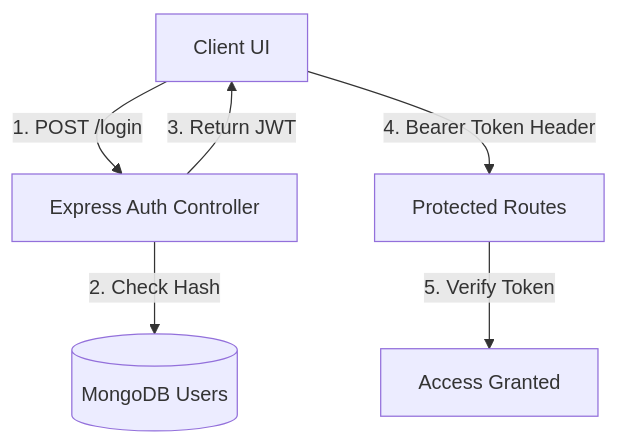
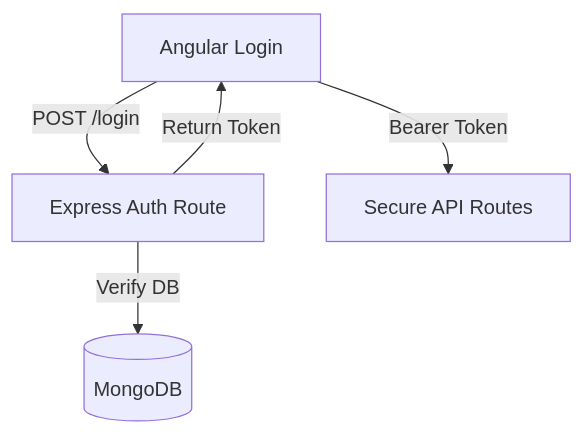
The diagram in 04-backend-data-auth.md (Nandhini303/tutorail_painter), drawn with Mermaid before and after one commit. The commit also changed other lines of this file and 7 other files, not shown here.

Commit message:
docs: Rewrite all tutorials in Tanglish, add AI-generated mascot and UI images, and step-by-step interactive flow

````diff
--- a/04-backend-data-auth.md
+++ b/04-backend-data-auth.md
@@ -44,8 +24,7 @@
 ```mermaid
 graph TD
-    A[Client UI] -->|1. POST /login| B[Express Auth Controller]
-    B -->|2. Check Hash| C[(MongoDB Users)]
-    B -->|3. Return JWT| A
-    A -->|4. Bearer Token Header| D[Protected Routes]
-    D -->|5. Verify Token| E[Access Granted]
+    A[Angular Login] -->|POST /login| B[Express Auth Route]
+    B -->|Verify DB| C[(MongoDB)]
+    B -->|Return Token| A
+    A -->|Bearer Token| D[Secure API Routes]
 ```
````
